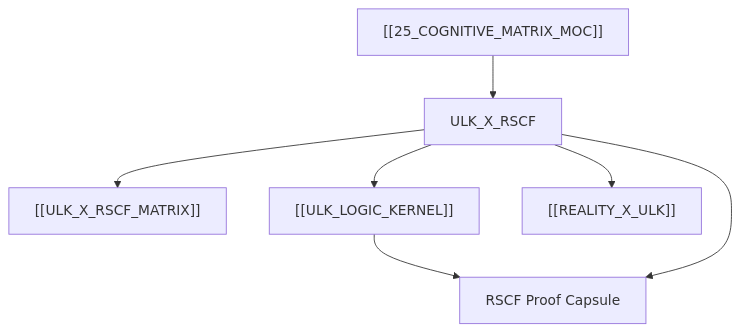
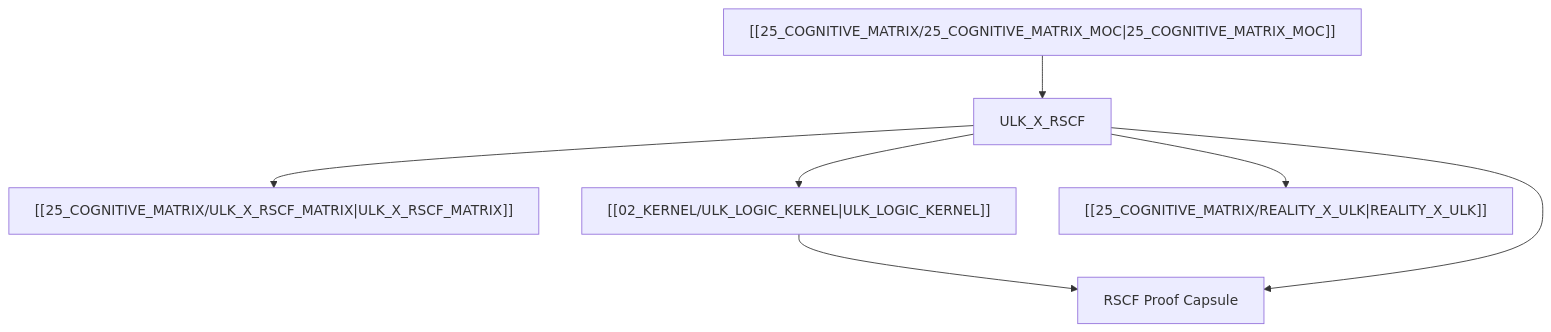
The third of 3 diagrams in 25_COGNITIVE_MATRIX/ULK_X_RSCF.md (trangyp/AMOS-OS), drawn with Mermaid before and after one commit. The commit also changed other lines of this file and 7037 other files, not shown here.

````diff
--- a/25_COGNITIVE_MATRIX/ULK_X_RSCF.md
+++ b/25_COGNITIVE_MATRIX/ULK_X_RSCF.md
@@ -3992,17 +3992,17 @@
 ```mermaid
 graph TD
 
-    CM["[[25_COGNITIVE_MATRIX_MOC]]"]
+    CM["[[25_COGNITIVE_MATRIX/25_COGNITIVE_MATRIX_MOC|25_COGNITIVE_MATRIX_MOC]]"]
     SPEC["ULK_X_RSCF"]
-    MATRIX["[[ULK_X_RSCF_MATRIX]]"]
-    ULK["[[ULK_LOGIC_KERNEL]]"]
-    REALITY["[[REALITY_X_ULK]]"]
+    MATRIX["[[25_COGNITIVE_MATRIX/ULK_X_RSCF_MATRIX|ULK_X_RSCF_MATRIX]]"]
+    ULK["[[02_KERNEL/ULK_LOGIC_KERNEL|ULK_LOGIC_KERNEL]]"]
+    REALITY["[[25_COGNITIVE_MATRIX/REALITY_X_ULK|REALITY_X_ULK]]"]
     RSCF["RSCF Proof Capsule"]
 
     CM --> SPEC
     SPEC --> MATRIX
     SPEC --> ULK
     SPEC --> REALITY
     ULK --> RSCF
     SPEC --> RSCF
 ```
````
